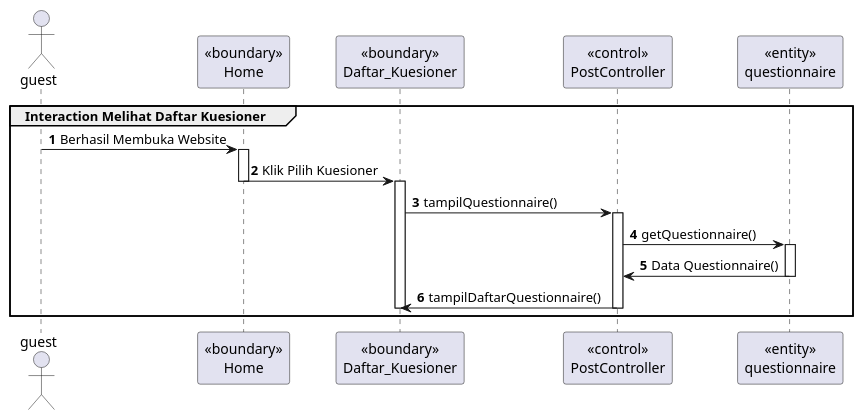
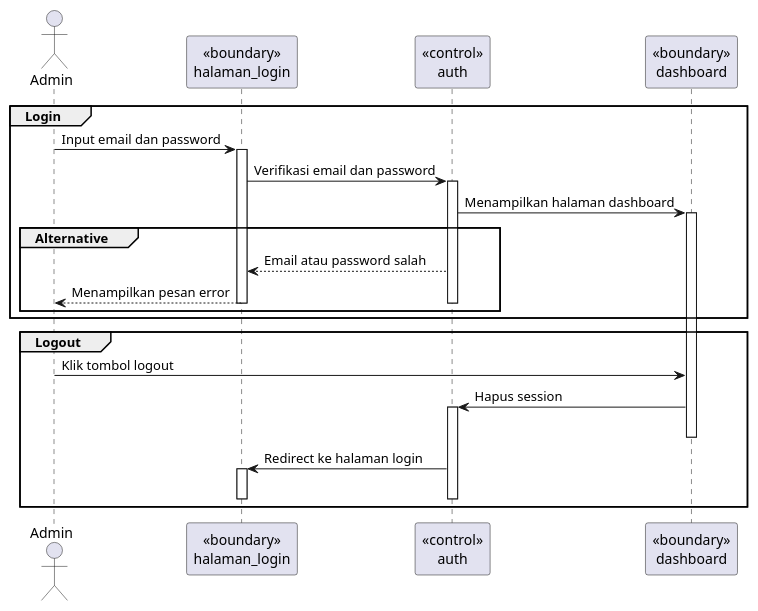
One commit to Churma16/indeks-kepuasan-masyarakat changed the diagram in documentation/SequenceDiagram/loginSequenceDiagram.puml. Above: the diagram before and after it, drawn with PlantUML.

```diff
--- a/documentation/SequenceDiagram/loginSequenceDiagram.puml
+++ b/documentation/SequenceDiagram/loginSequenceDiagram.puml
@@ -1,27 +1,30 @@
-@startuml Interaction Dashboard
-autonumber
-group Interaction Melihat Daftar Kuesioner
-
-    actor guest 
-    participant "<<boundary>>\nHome" as home
-    participant "<<boundary>>\nDaftar_Kuesioner" as daftar
-    participant "<<control>>\nPostController" as pcontrol
-    participant "<<entity>>\nquestionnaire" as questioner
-
-    guest-> home: Berhasil Membuka Website
-    activate home
-        home-> daftar: Klik Pilih Kuesioner
-    deactivate home
-    
-    activate daftar
-        daftar-> pcontrol: tampilQuestionnaire()
-            activate pcontrol
-                pcontrol-> questioner: getQuestionnaire()
-                activate questioner
-                    questioner-> pcontrol: Data Questionnaire()
-                deactivate questioner
-                pcontrol-> daftar: tampilDaftarQuestionnaire()
-            deactivate pcontrol
-    deactivate daftar
+@startuml
+actor Admin
+participant "<<boundary>>\nhalaman_login" as login
+participant "<<control>>\nauth" as auth
+participant "<<boundary>>\ndashboard" as dashboard
+group Login
+    Admin -> login: Input email dan password
+    activate login
+    login -> auth: Verifikasi email dan password
+    activate auth
+    auth -> dashboard: Menampilkan halaman dashboard
+    activate dashboard
+    group Alternative
+        auth --> login: Email atau password salah
+        login --> Admin: Menampilkan pesan error
+        deactivate auth
+        deactivate login
+    end
+end
+group Logout
+    Admin -> dashboard: Klik tombol logout
+    dashboard -> auth: Hapus session
+    activate auth
+    deactivate dashboard
+    auth -> login: Redirect ke halaman login
+    activate login
+    deactivate login
+    deactivate auth
 end
 @enduml
```
